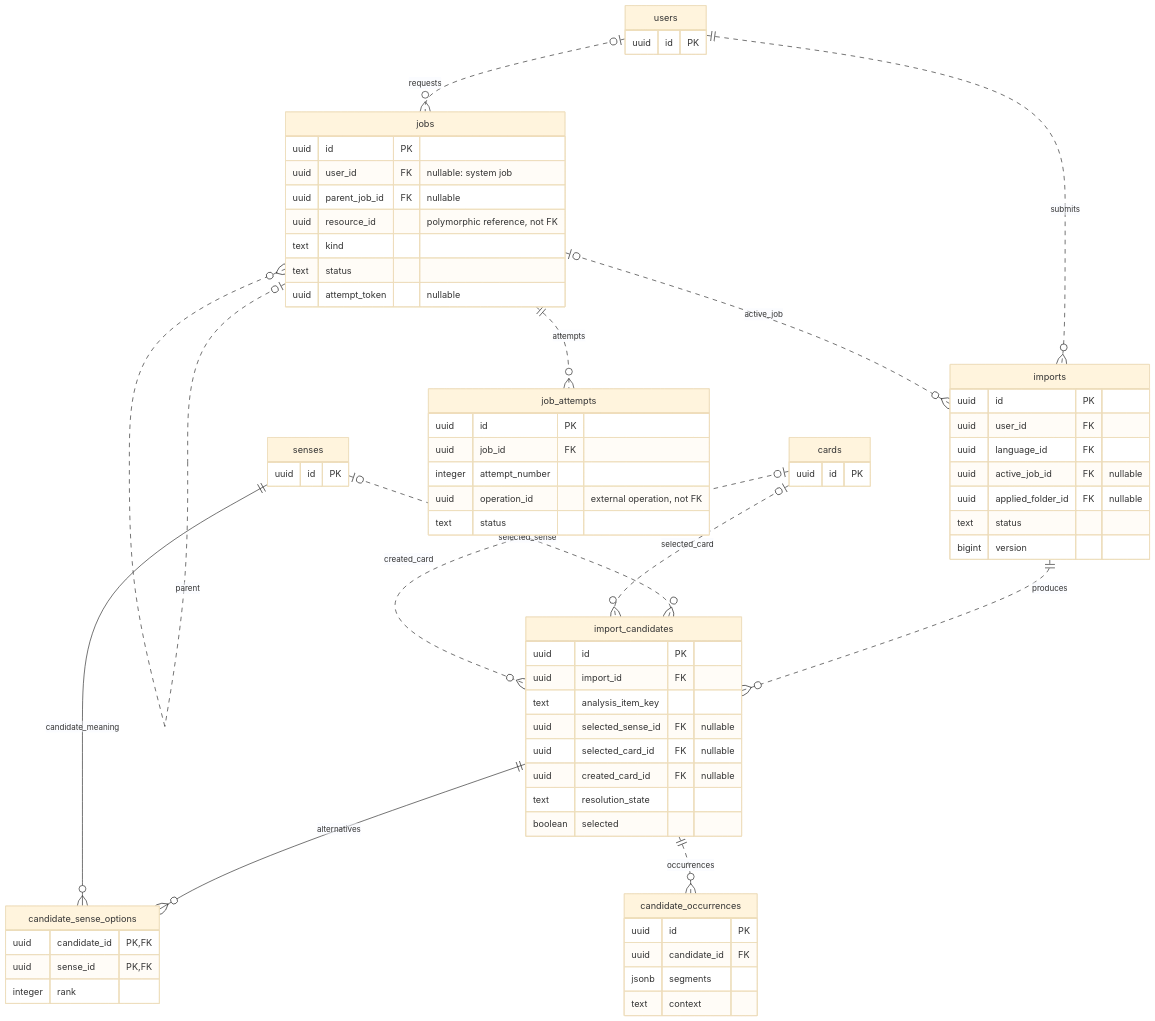
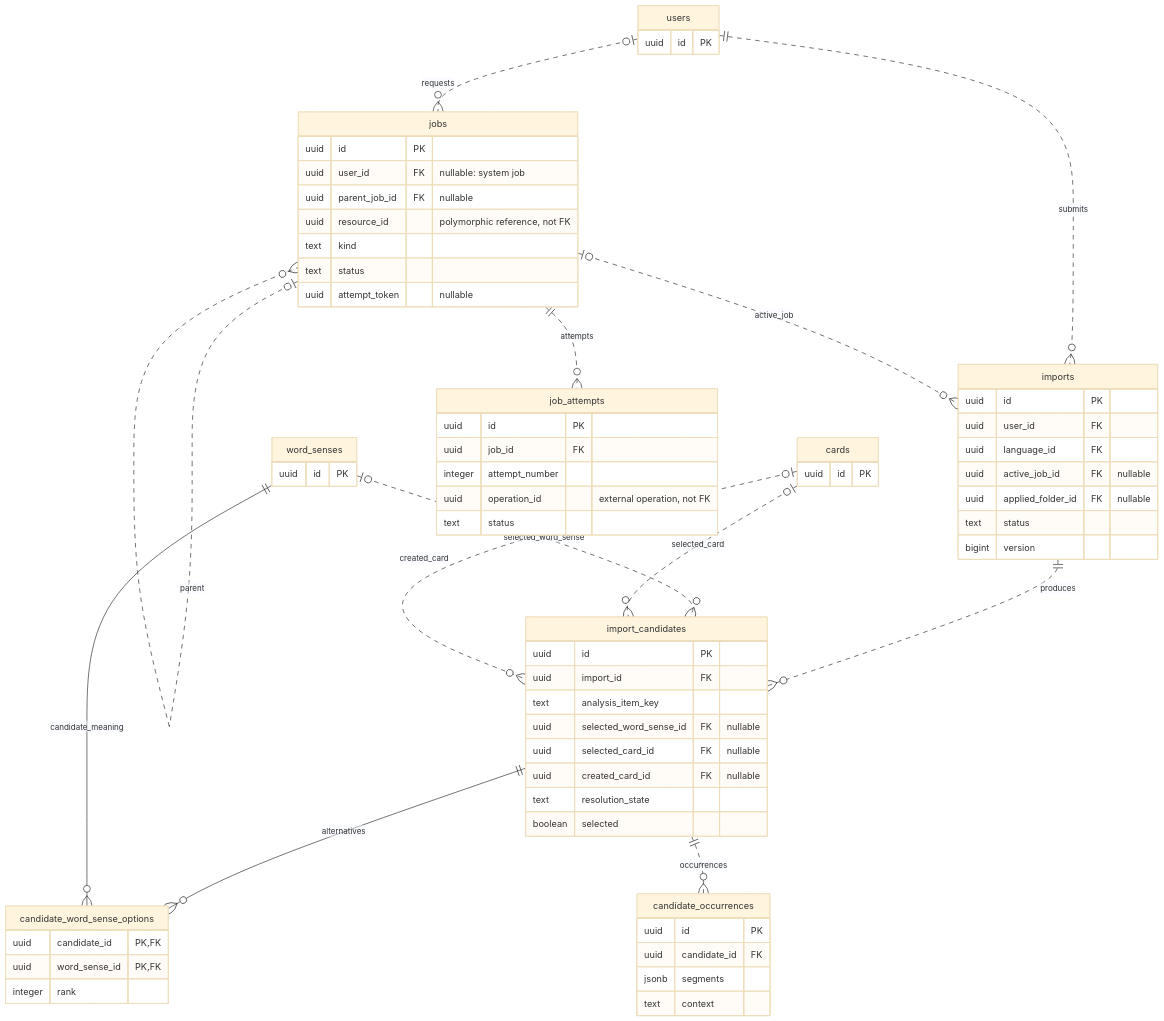
Before and after one commit to flairgc/kompotik: the seventh of 9 diagrams in doc/database-er.md, drawn with Mermaid (base theme). The commit also changed other lines of this file and 7 other files, not shown here.

````diff
--- a/doc/database-er.md
+++ b/doc/database-er.md
@@ -422,71 +422,71 @@
 ```mermaid
 erDiagram
     users["users"] {
         uuid id PK
     }
     imports["imports"] {
         uuid id PK
         uuid user_id FK
         uuid language_id FK
         uuid active_job_id FK "nullable"
         uuid applied_folder_id FK "nullable"
         text status
         bigint version
     }
     importCandidates["import_candidates"] {
         uuid id PK
         uuid import_id FK
         text analysis_item_key
-        uuid selected_sense_id FK "nullable"
+        uuid selected_word_sense_id FK "nullable"
         uuid selected_card_id FK "nullable"
         uuid created_card_id FK "nullable"
         text resolution_state
         boolean selected
     }
-    candidateSenseOptions["candidate_sense_options"] {
+    candidateWordSenseOptions["candidate_word_sense_options"] {
         uuid candidate_id PK, FK
-        uuid sense_id PK, FK
+        uuid word_sense_id PK, FK
         integer rank
     }
     candidateOccurrences["candidate_occurrences"] {
         uuid id PK
         uuid candidate_id FK
         jsonb segments
         text context
     }
-    senses["senses"] {
+    word_senses["word_senses"] {
         uuid id PK
     }
     cards["cards"] {
         uuid id PK
     }
     jobs["jobs"] {
         uuid id PK
         uuid user_id FK "nullable: system job"
         uuid parent_job_id FK "nullable"
         uuid resource_id "polymorphic reference, not FK"
         text kind
         text status
         uuid attempt_token "nullable"
     }
     jobAttempts["job_attempts"] {
         uuid id PK
         uuid job_id FK
         integer attempt_number
         uuid operation_id "external operation, not FK"
         text status
     }
 
     users ||..o{ imports : submits
     users |o..o{ jobs : requests
     jobs |o..o{ jobs : parent
     jobs ||..o{ jobAttempts : attempts
     jobs |o..o{ imports : active_job
     imports ||..o{ importCandidates : produces
-    importCandidates ||--o{ candidateSenseOptions : alternatives
-    senses ||--o{ candidateSenseOptions : candidate_meaning
+    importCandidates ||--o{ candidateWordSenseOptions : alternatives
+    word_senses ||--o{ candidateWordSenseOptions : candidate_meaning
     importCandidates ||..o{ candidateOccurrences : occurrences
-    senses |o..o{ importCandidates : selected_sense
+    word_senses |o..o{ importCandidates : selected_word_sense
     cards |o..o{ importCandidates : selected_card
     cards |o..o{ importCandidates : created_card
 ```
````
